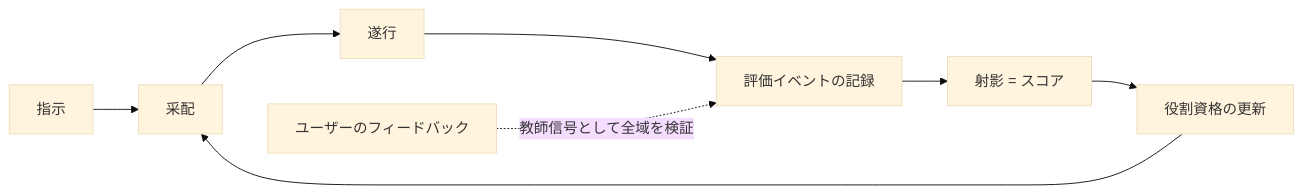
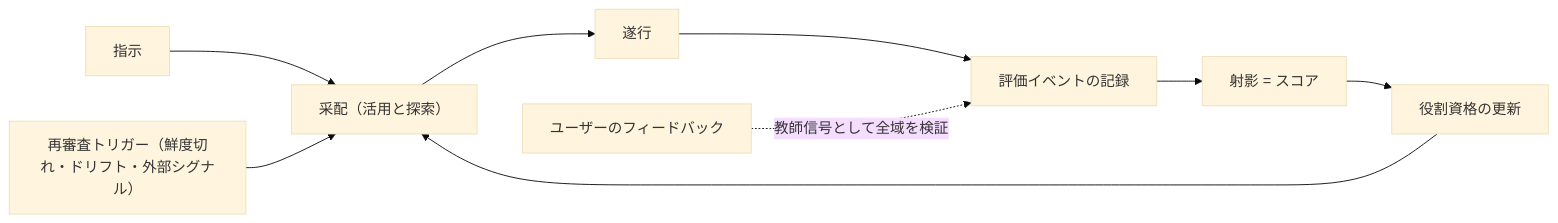
One commit to megumish/agent-dock changed the diagram in VISION.md. Above: the diagram before and after it, drawn with Mermaid (base theme). The commit also changed other lines of this file, not shown here.

````diff
--- a/VISION.md
+++ b/VISION.md
@@ -66,10 +82,11 @@
 ```mermaid
 graph LR
-    A[指示] --> B[采配]
+    A[指示] --> B["采配（活用と探索）"]
     B --> C[遂行]
     C --> D[評価イベントの記録]
     D --> E[射影 = スコア]
     E --> F[役割資格の更新]
     F --> B
+    T["再審査トリガー（鮮度切れ・ドリフト・外部シグナル）"] --> B
     U[ユーザーのフィードバック] -. 教師信号として全域を検証 .-> D
 ```
````
